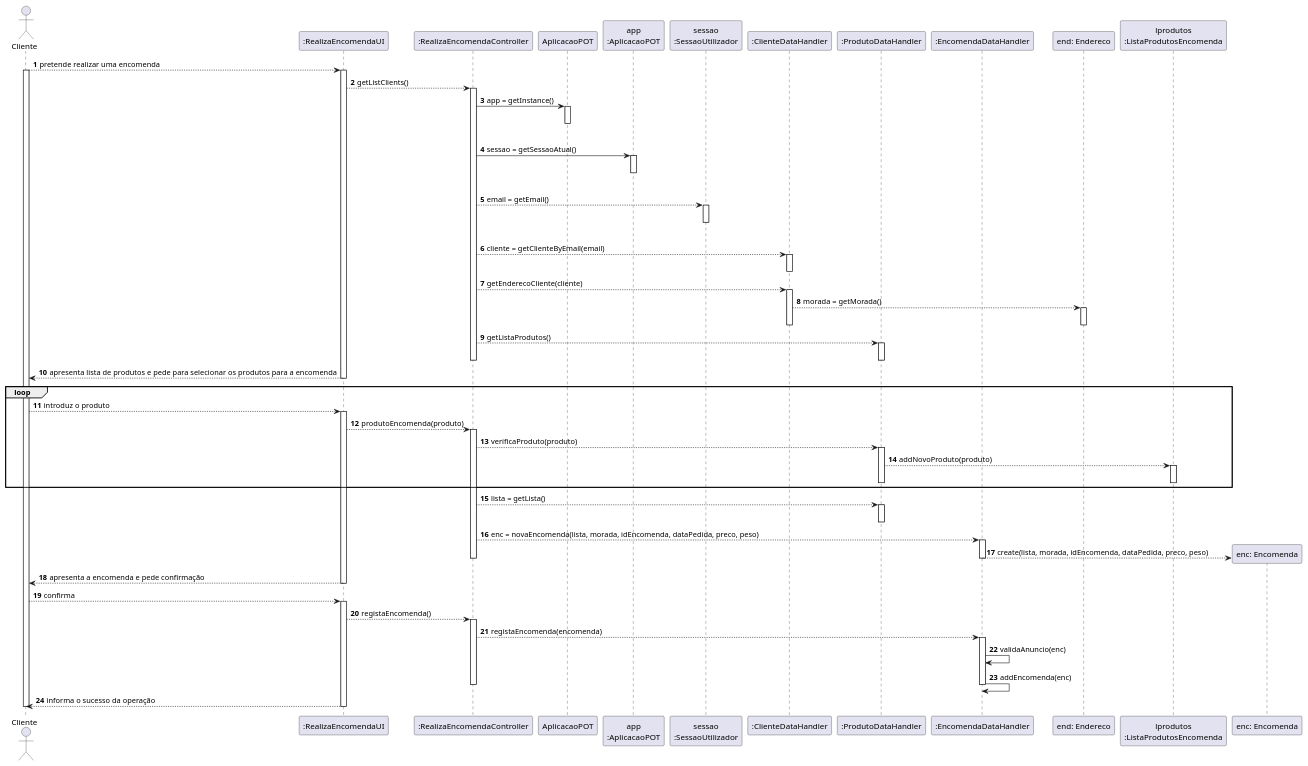
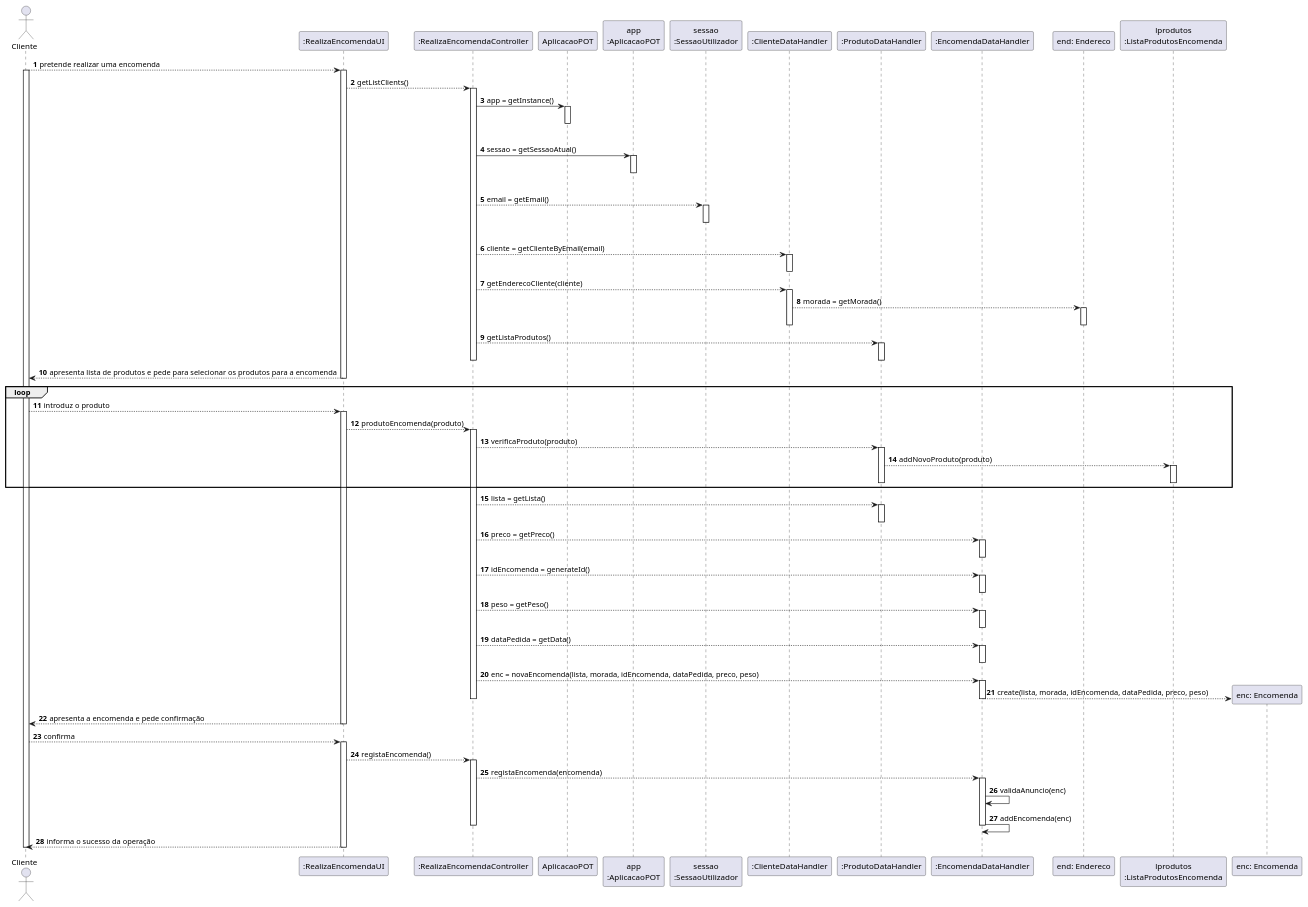
One commit to pedrolemos4/LAPR3 changed the diagram in docs/UC25/SD.puml. Above: the diagram before and after it, drawn with PlantUML. The commit also changed 3 other files, not shown here.

```diff
--- a/docs/UC25/SD.puml
+++ b/docs/UC25/SD.puml
@@ -1,115 +1,131 @@
 @startuml
 autonumber
 'hide footbox
 actor "Cliente" as CLI
 
 participant ":RealizaEncomendaUI" as UI
 participant ":RealizaEncomendaController" as CTRL
 participant "AplicacaoPOT" as _APP
 participant "app\n:AplicacaoPOT" as APP
 participant "sessao\n:SessaoUtilizador" as SESSAO
 participant ":ClienteDataHandler" as DH
 participant ":ProdutoDataHandler" as PDH
 participant ":EncomendaDataHandler" as EDH
 participant "end: Endereco" as END
 participant "lprodutos\n:ListaProdutosEncomenda" as LPROD
 participant "enc: Encomenda" as ENC
 
 
 CLI --> UI : pretende realizar uma encomenda
 activate CLI
 activate UI
 
 UI --> CTRL : getListClients()
 activate CTRL
 
 CTRL -> _APP: app = getInstance()
 activate _APP
 |||
 deactivate _APP
 
 CTRL -> APP: sessao = getSessaoAtual()
 activate APP
 |||
 deactivate APP
 
 CTRL --> SESSAO : email = getEmail()
 activate SESSAO
 |||
 deactivate SESSAO
 
 
 CTRL --> DH : cliente = getClienteByEmail(email)
 activate DH
 deactivate DH
 
 CTRL --> DH : getEnderecoCliente(cliente)
 activate DH
 
 DH --> END : morada = getMorada()
 activate END
 deactivate END
 deactivate DH
 CTRL --> PDH : getListaProdutos()
 activate PDH
 deactivate PDH
 
 deactivate DH
 deactivate CTRL
 
 UI --> CLI : apresenta lista de produtos e pede para selecionar os produtos para a encomenda
 deactivate UI
 
 
 LOOP
 CLI --> UI : introduz o produto
 activate UI
 
 UI --> CTRL : produtoEncomenda(produto)
 activate CTRL
 
 CTRL --> PDH : verificaProduto(produto)
 activate PDH
 
 PDH --> LPROD : addNovoProduto(produto)
 activate LPROD
 
 deactivate PDH
 deactivate LPROD
 
 END LOOP
 
 CTRL --> PDH : lista = getLista()
 activate PDH
 deactivate PDH
 
+CTRL --> EDH : preco = getPreco()
+activate EDH
+deactivate EDH
+
+CTRL --> EDH : idEncomenda = generateId()
+activate EDH
+deactivate EDH
+
+CTRL --> EDH : peso = getPeso()
+activate EDH
+deactivate EDH
+
+CTRL --> EDH : dataPedida = getData()
+activate EDH
+deactivate EDH
+
 CTRL --> EDH : enc = novaEncomenda(lista, morada, idEncomenda, dataPedida, preco, peso)
 activate EDH
 
 EDH --> ENC ** : create(lista, morada, idEncomenda, dataPedida, preco, peso)
 deactivate EDH
 
 deactivate CTRL
 
 UI --> CLI : apresenta a encomenda e pede confirmação
 deactivate UI
 
 CLI --> UI : confirma
 activate UI
 
 UI --> CTRL : registaEncomenda()
 activate CTRL
 
 CTRL --> EDH : registaEncomenda(encomenda)
 activate EDH
 EDH -> EDH : validaAnuncio(enc)
 EDH -> EDH: addEncomenda(enc)
 deactivate EDH
 
 deactivate CTRL
 
 UI --> CLI : informa o sucesso da operação
 deactivate UI
 deactivate CLI
 
 @enduml
```
